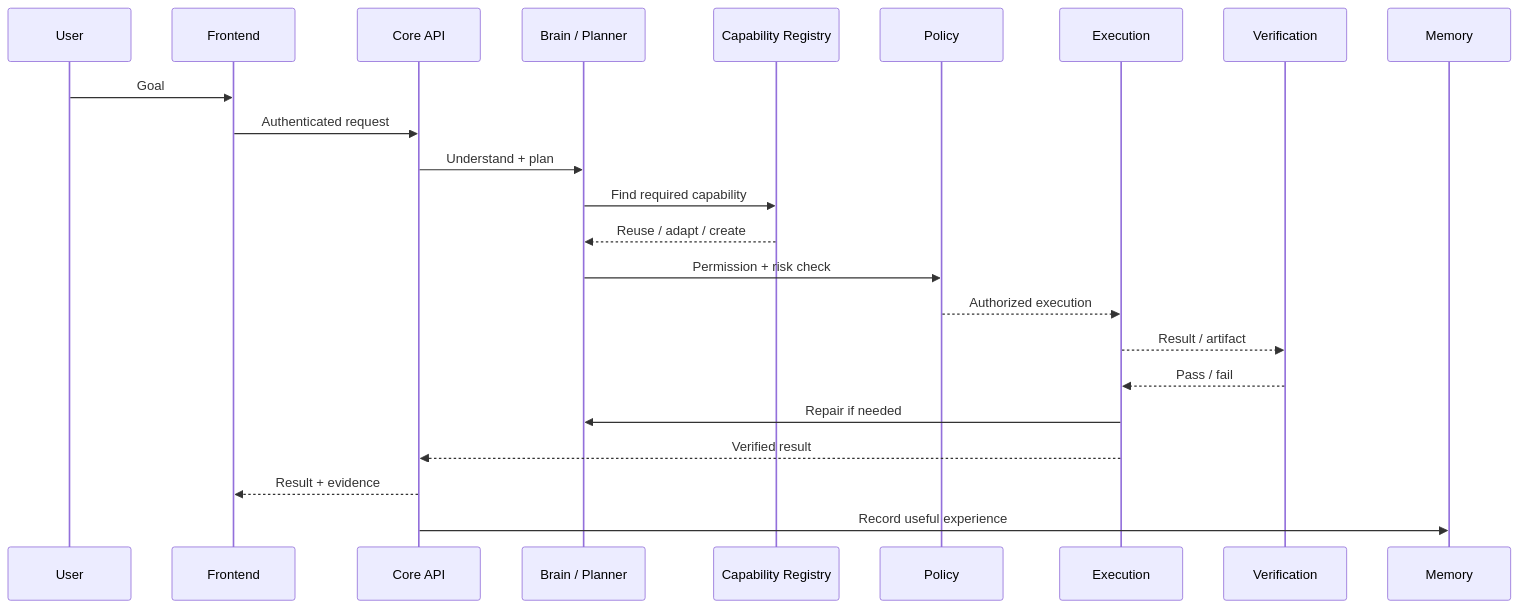
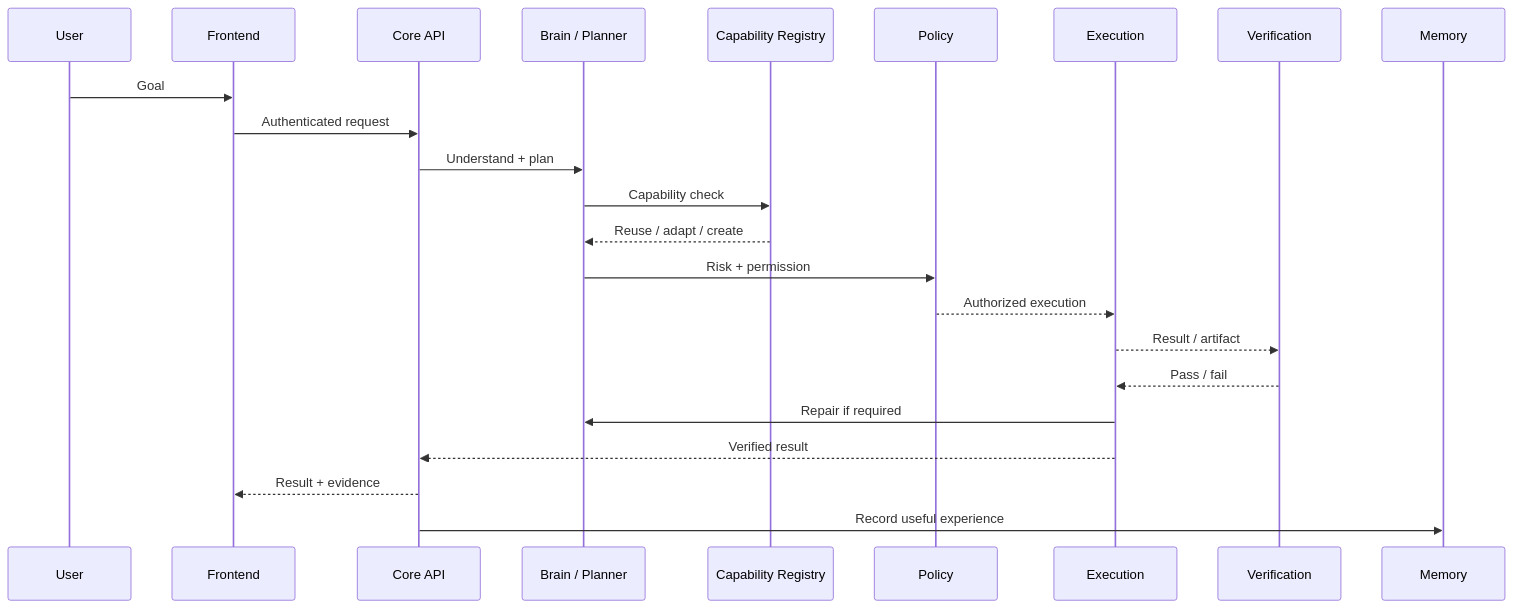
Before and after one commit to SaifulHaqueNiloy/supremeai: the second of 8 diagrams in README.md, drawn with Mermaid. The commit also changed other lines of this file, not shown here.

Commit message:
docs: add SupremeAI constitution and complete service architecture guide

````diff
--- a/README.md
+++ b/README.md
@@ -116,26 +287,26 @@
 ```mermaid
 sequenceDiagram
     participant U as User
     participant UI as Frontend
     participant API as Core API
     participant B as Brain / Planner
     participant C as Capability Registry
     participant P as Policy
     participant E as Execution
     participant V as Verification
     participant M as Memory
 
     U->>UI: Goal
     UI->>API: Authenticated request
     API->>B: Understand + plan
-    B->>C: Find required capability
+    B->>C: Capability check
     C-->>B: Reuse / adapt / create
-    B->>P: Permission + risk check
+    B->>P: Risk + permission
     P-->>E: Authorized execution
     E-->>V: Result / artifact
     V-->>E: Pass / fail
-    E->>B: Repair if needed
+    E->>B: Repair if required
     E-->>API: Verified result
     API-->>UI: Result + evidence
     API->>M: Record useful experience
 ```
````
